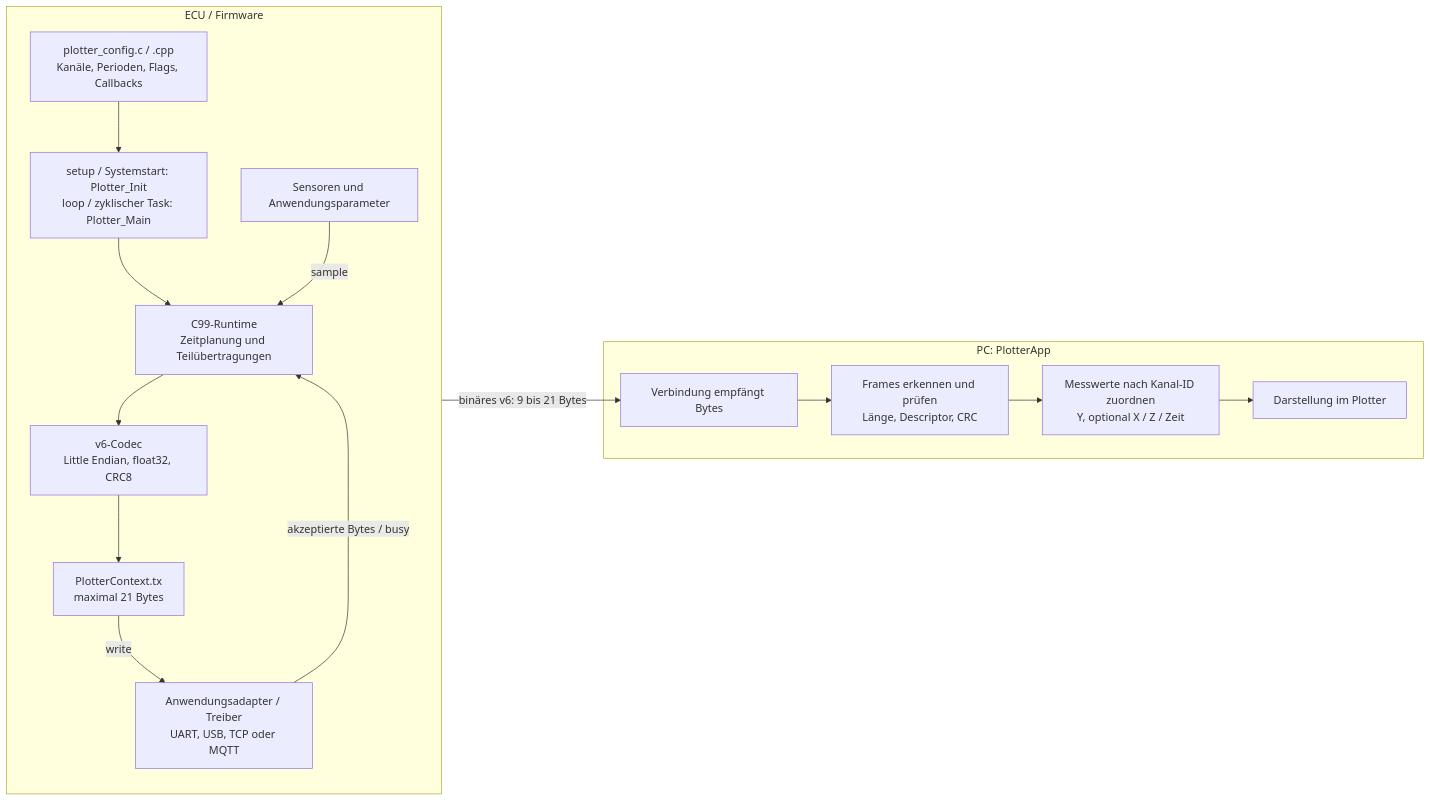
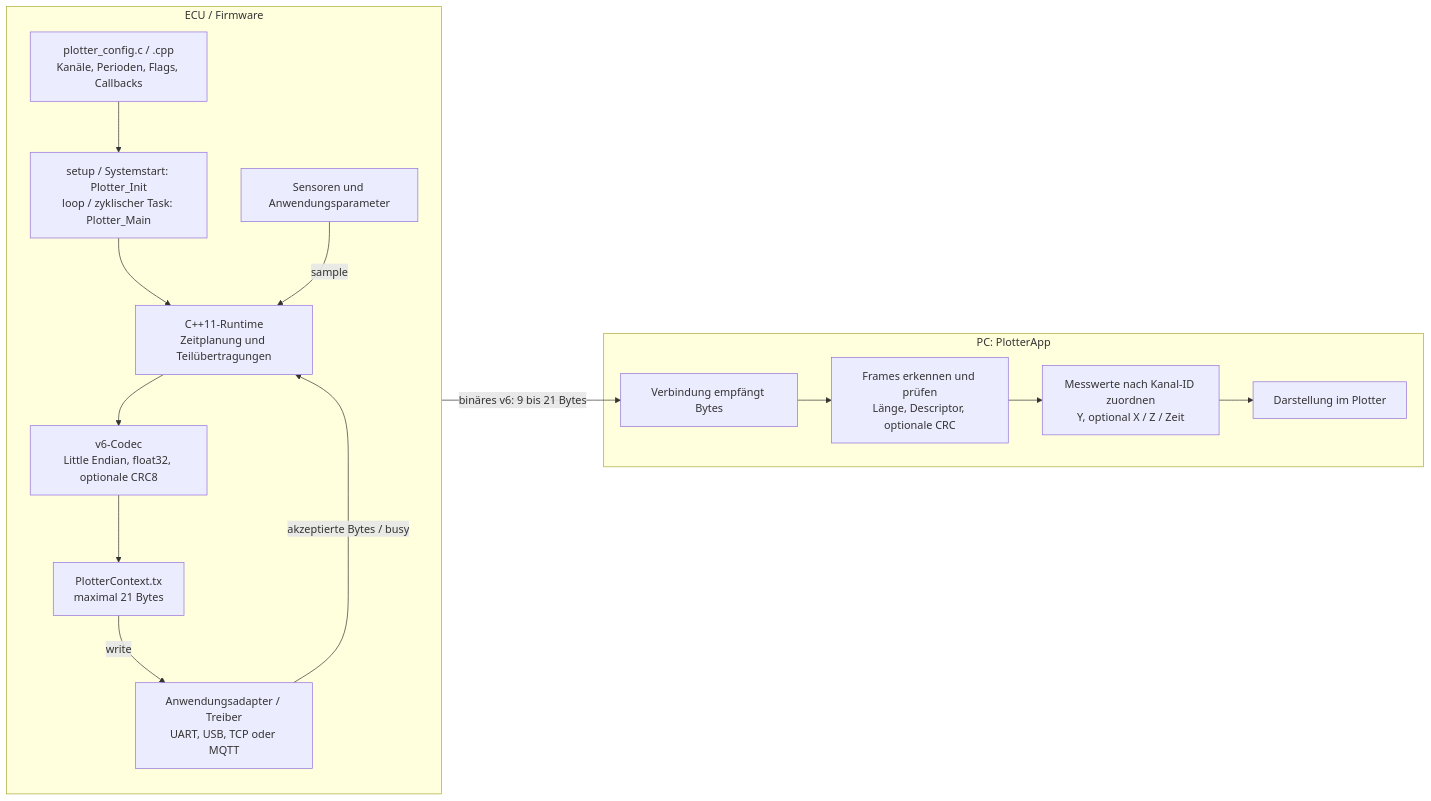
The first of 5 diagrams in README.md (CodeName-666/kymoprobe), drawn with Mermaid before and after one commit. The commit also changed other lines of this file and 48 other files, not shown here.

````diff
--- a/README.md
+++ b/README.md
@@ -65,28 +79,28 @@
 ```mermaid
 flowchart LR
     subgraph ECU["ECU / Firmware"]
         direction TB
         Values["Sensoren und Anwendungsparameter"]
         Config["plotter_config.c / .cpp<br/>Kanäle, Perioden, Flags, Callbacks"]
         Task["setup / Systemstart: Plotter_Init<br/>loop / zyklischer Task: Plotter_Main"]
-        Runtime["C99-Runtime<br/>Zeitplanung und Teilübertragungen"]
-        Codec["v6-Codec<br/>Little Endian, float32, CRC8"]
+        Runtime["C++11-Runtime<br/>Zeitplanung und Teilübertragungen"]
+        Codec["v6-Codec<br/>Little Endian, float32, optionale CRC8"]
         Buffer["PlotterContext.tx<br/>maximal 21 Bytes"]
         Driver["Anwendungsadapter / Treiber<br/>UART, USB, TCP oder MQTT"]
         Config --> Task
         Task --> Runtime
         Values -->|sample| Runtime
         Runtime --> Codec
         Codec --> Buffer
         Buffer -->|write| Driver
         Driver -->|akzeptierte Bytes / busy| Runtime
     end
     subgraph PC["PC: PlotterApp"]
         Receive["Verbindung empfängt Bytes"]
-        Decode["Frames erkennen und prüfen<br/>Länge, Descriptor, CRC"]
+        Decode["Frames erkennen und prüfen<br/>Länge, Descriptor, optionale CRC"]
         Route["Messwerte nach Kanal-ID zuordnen<br/>Y, optional X / Z / Zeit"]
         View["Darstellung im Plotter"]
         Receive --> Decode --> Route --> View
     end
     Driver -->|"binäres v6: 9 bis 21 Bytes"| Receive
 ```
````
